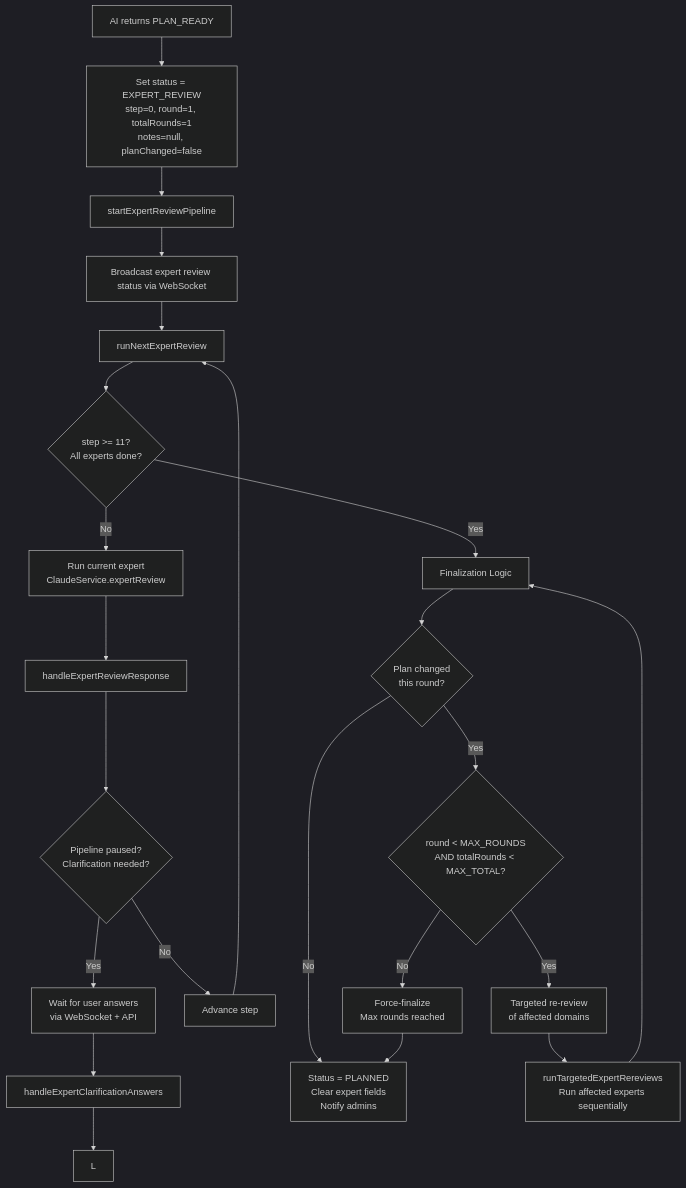
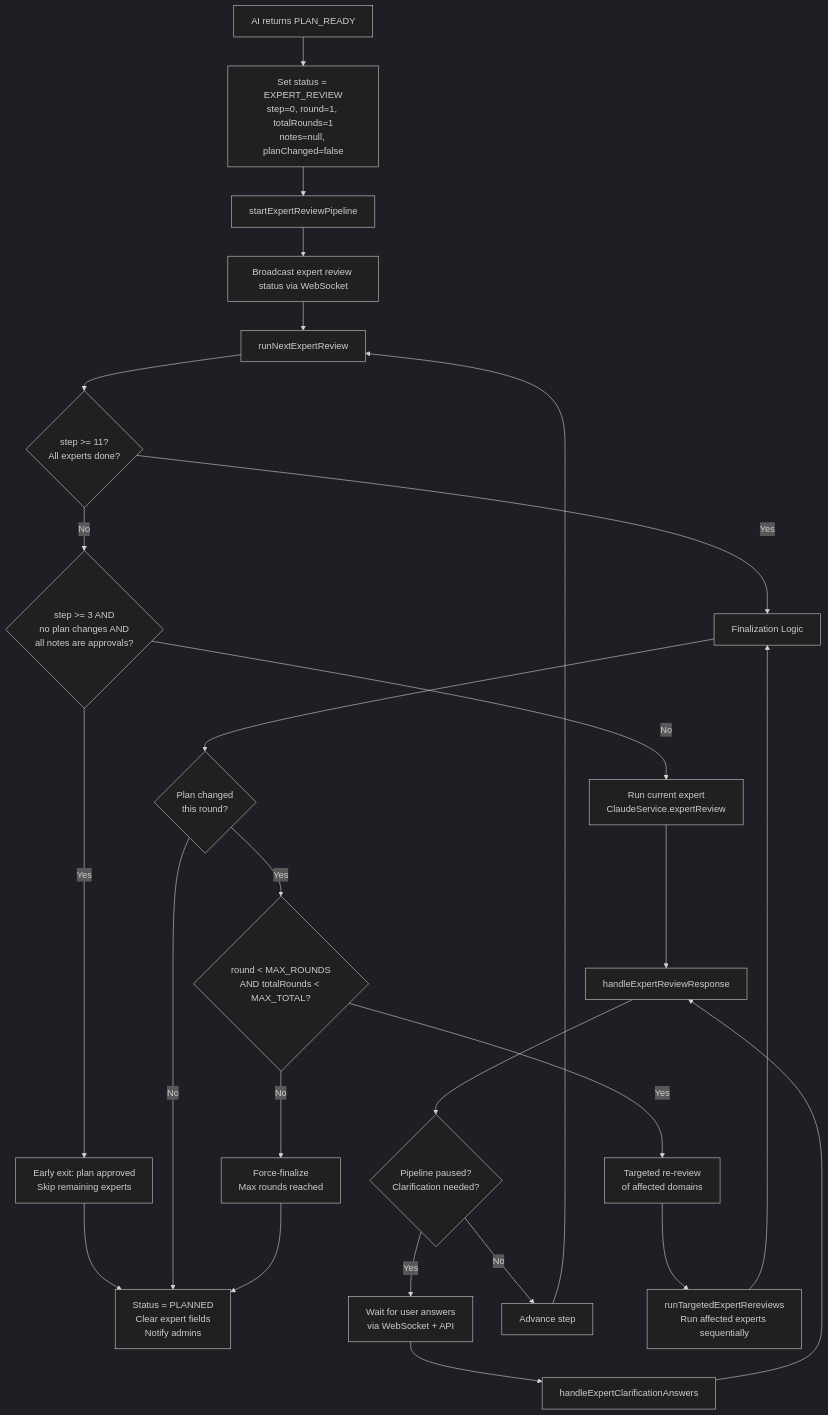
Before and after one commit to InnKeeperDevOps/site-manager: the fifth of 11 diagrams in landing_site/expert-review-flow.md, drawn with Mermaid (dark theme). The commit also changed other lines of this file, not shown here.

Commit message:
Update documentation with early exit flow for expert reviews
Add early exit decision point to the main pipeline flowchart and
document the MIN_APPROVALS_FOR_EARLY_EXIT constant in the constants
table.

````diff
--- a/landing_site/expert-review-flow.md
+++ b/landing_site/expert-review-flow.md
@@ -128,33 +128,37 @@
 ```mermaid
 flowchart TD
     A[AI returns PLAN_READY] --> B[Set status = EXPERT_REVIEW\nstep=0, round=1, totalRounds=1\nnotes=null, planChanged=false]
     B --> C[startExpertReviewPipeline]
     C --> D[Broadcast expert review status via WebSocket]
     D --> E[runNextExpertReview]
 
     E --> F{step >= 11?\nAll experts done?}
 
-    F -- No --> G[Run current expert\nClaudeService.expertReview]
+    F -- No --> EA{step >= 3 AND\nno plan changes AND\nall notes are approvals?}
+    EA -- Yes --> EB[Early exit: plan approved\nSkip remaining experts]
+    EB --> T
+
+    EA -- No --> G[Run current expert\nClaudeService.expertReview]
     G --> H[handleExpertReviewResponse]
 
     H --> N{Pipeline paused?\nClarification needed?}
     N -- Yes --> O[Wait for user answers\nvia WebSocket + API]
     O --> P[handleExpertClarificationAnswers]
-    P --> L
+    P --> H
 
     N -- No --> Q[Advance step]
     Q --> E
 
     F -- Yes --> R[Finalization Logic]
     R --> S{Plan changed\nthis round?}
 
     S -- "No" --> T[Status = PLANNED\nClear expert fields\nNotify admins]
 
     S -- "Yes" --> U{round < MAX_ROUNDS\nAND totalRounds < MAX_TOTAL?}
     U -- Yes --> V[Targeted re-review\nof affected domains]
     V --> W[runTargetedExpertRereviews\nRun affected experts sequentially]
     W --> R
 
     U -- No --> X[Force-finalize\nMax rounds reached]
     X --> T
 ```
````
